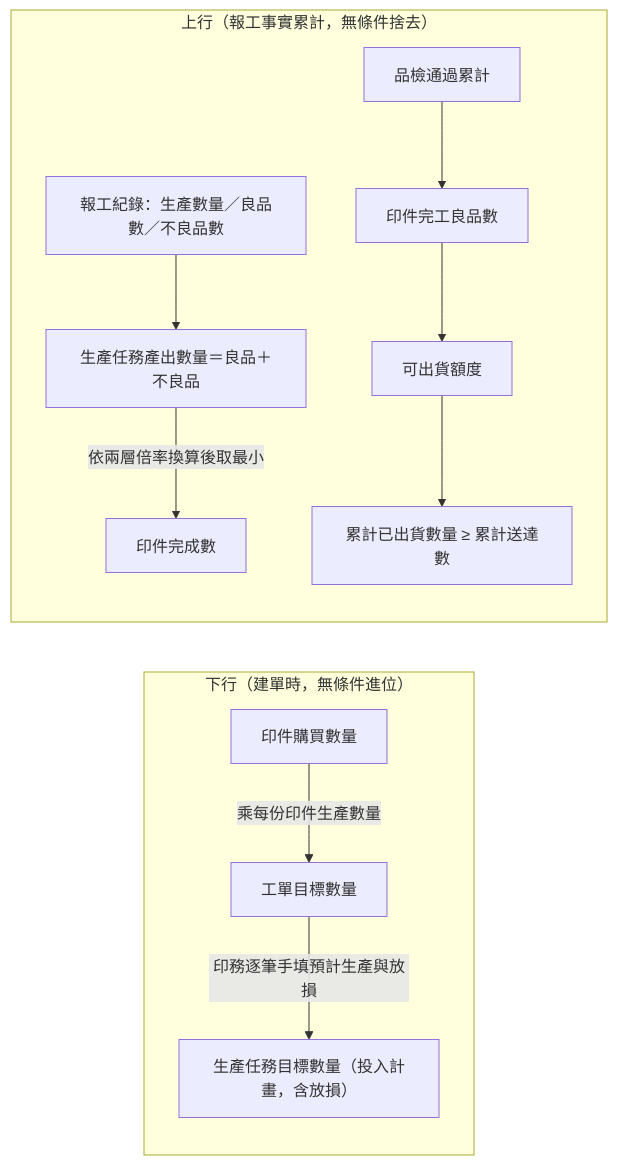
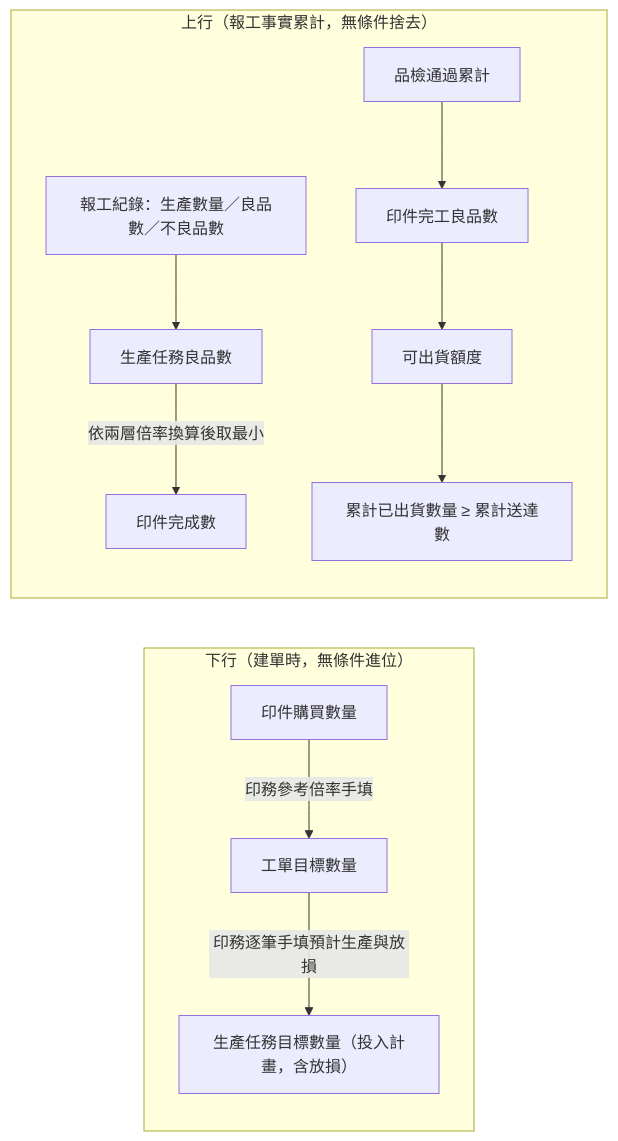
The second of 3 diagrams in memory/Sens_wiki/wiki/erp/05-entities/生產領域資料結構總覽.md (Kawato-Miles/erp-spec), drawn with Mermaid before and after one commit. The commit also changed other lines of this file and 134 other files, not shown here.

````diff
--- a/memory/Sens_wiki/wiki/erp/05-entities/生產領域資料結構總覽.md
+++ b/memory/Sens_wiki/wiki/erp/05-entities/生產領域資料結構總覽.md
@@ -100,14 +56,14 @@
 ```mermaid
 flowchart LR
     subgraph 下行規劃["下行（建單時，無條件進位）"]
-        Q1["印件購買數量"] -->|"乘每份印件生產數量"| Q2["工單目標數量"]
+        Q1["印件購買數量"] -->|"印務參考倍率手填"| Q2["工單目標數量"]
         Q2 -->|"印務逐筆手填預計生產與放損"| Q3["生產任務目標數量（投入計畫，含放損）"]
     end
     subgraph 上行收斂["上行（報工事實累計，無條件捨去）"]
-        R1["報工紀錄：生產數量／良品數／不良品數"] --> R2["生產任務產出數量＝良品＋不良品"]
+        R1["報工紀錄：生產數量／良品數／不良品數"] --> R2["生產任務良品數"]
         R2 -->|"依兩層倍率換算後取最小"| R3["印件完成數"]
         R4["品檢通過累計"] --> R5["印件完工良品數"]
         R5 --> R6["可出貨額度"]
         R6 --> R7["累計已出貨數量 ≥ 累計送達數"]
     end
 ```
````
